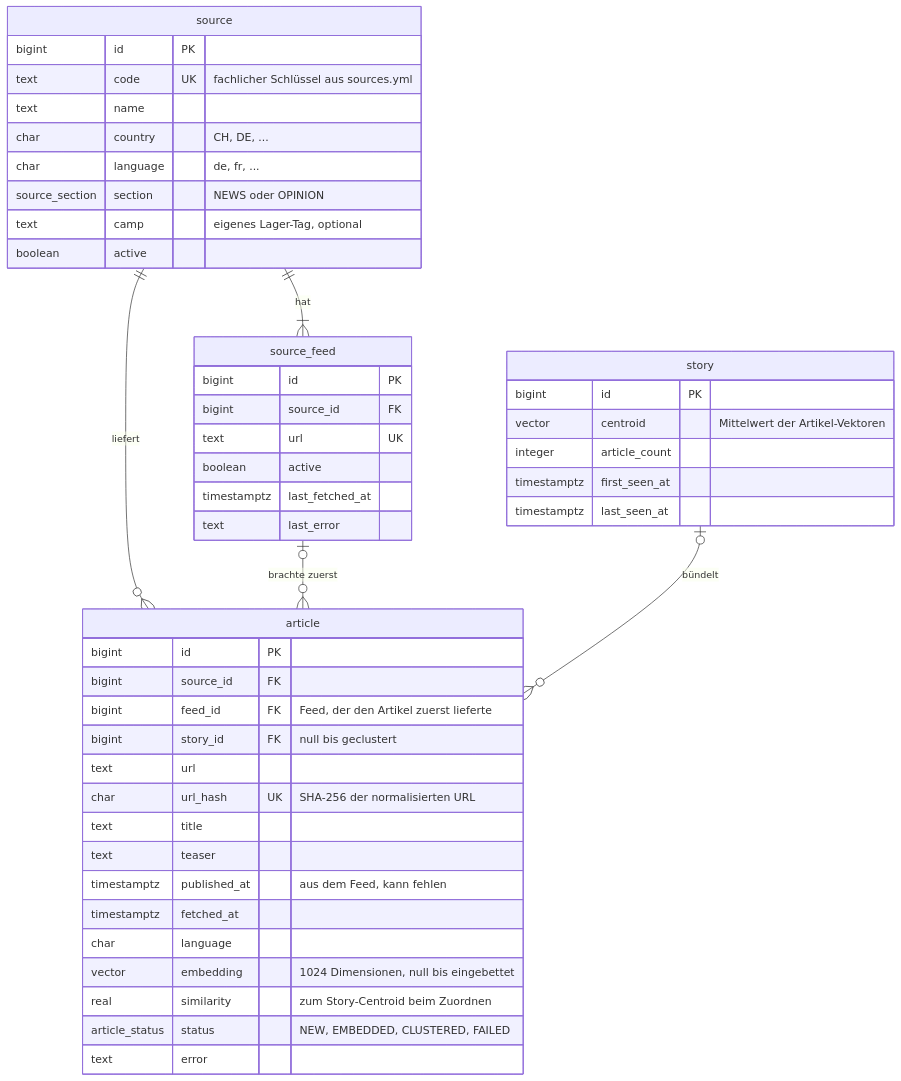
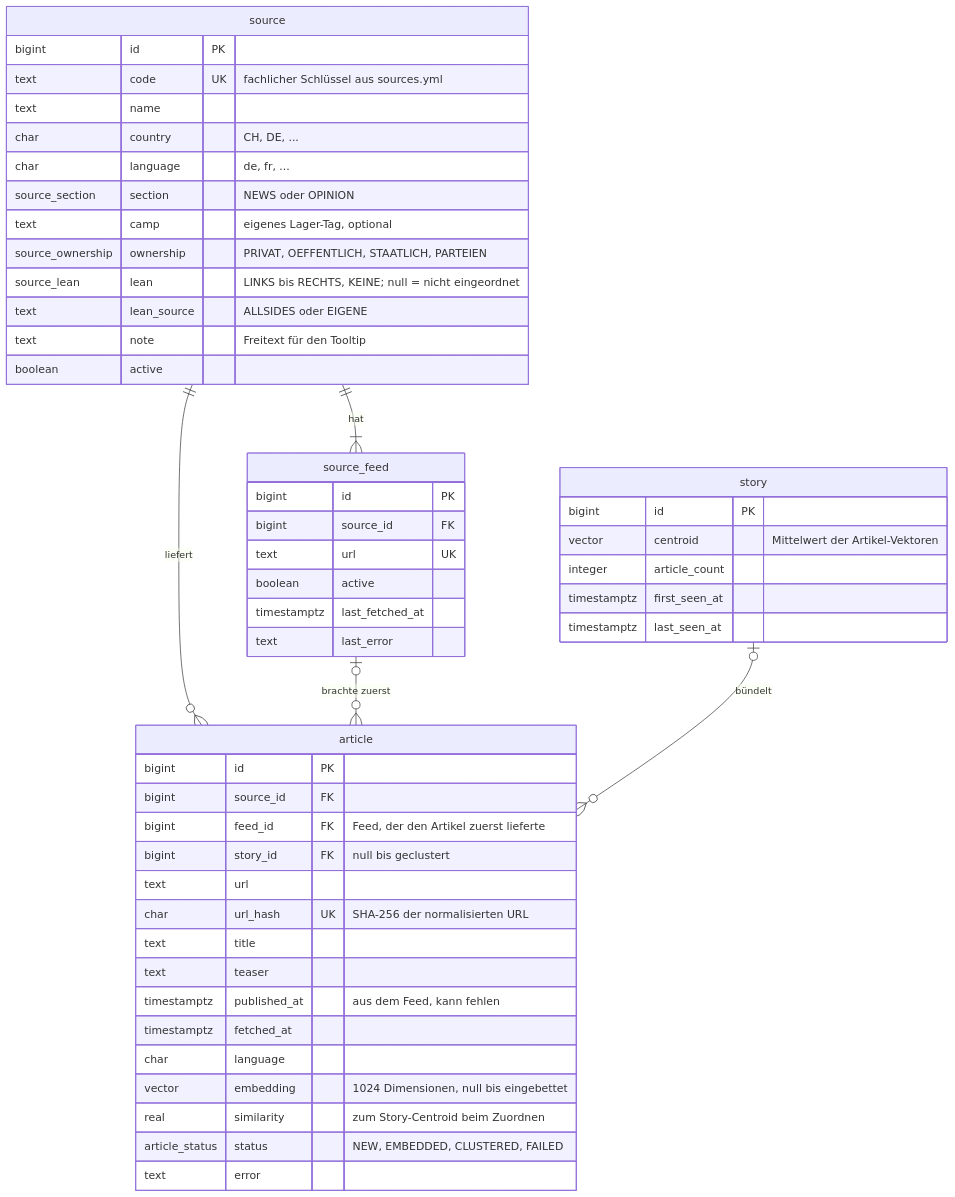
The first of 8 diagrams in docs/datenmodell.md (chhex/blickwinkel), drawn with Mermaid before and after one commit. The commit also changed 19 other files, not shown here.

````diff
--- a/docs/datenmodell.md
+++ b/docs/datenmodell.md
@@ -12,53 +12,57 @@
 ```mermaid
 erDiagram
     source ||--|{ source_feed : "hat"
     source ||--o{ article : "liefert"
     source_feed |o--o{ article : "brachte zuerst"
     story |o--o{ article : "bündelt"
 
     source {
         bigint id PK
         text code UK "fachlicher Schlüssel aus sources.yml"
         text name
         char country "CH, DE, ..."
         char language "de, fr, ..."
         source_section section "NEWS oder OPINION"
         text camp "eigenes Lager-Tag, optional"
+        source_ownership ownership "PRIVAT, OEFFENTLICH, STAATLICH, PARTEIEN"
+        source_lean lean "LINKS bis RECHTS, KEINE; null = nicht eingeordnet"
+        text lean_source "ALLSIDES oder EIGENE"
+        text note "Freitext für den Tooltip"
         boolean active
     }
 
     source_feed {
         bigint id PK
         bigint source_id FK
         text url UK
         boolean active
         timestamptz last_fetched_at
         text last_error
     }
 
     article {
         bigint id PK
         bigint source_id FK
         bigint feed_id FK "Feed, der den Artikel zuerst lieferte"
         bigint story_id FK "null bis geclustert"
         text url
         char url_hash UK "SHA-256 der normalisierten URL"
         text title
         text teaser
         timestamptz published_at "aus dem Feed, kann fehlen"
         timestamptz fetched_at
         char language
         vector embedding "1024 Dimensionen, null bis eingebettet"
         real similarity "zum Story-Centroid beim Zuordnen"
         article_status status "NEW, EMBEDDED, CLUSTERED, FAILED"
         text error
     }
 
     story {
         bigint id PK
         vector centroid "Mittelwert der Artikel-Vektoren"
         integer article_count
         timestamptz first_seen_at
         timestamptz last_seen_at
     }
 ```
````
